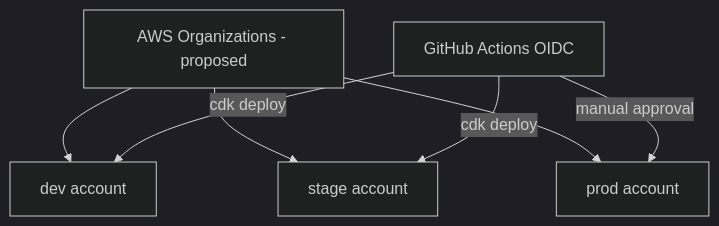
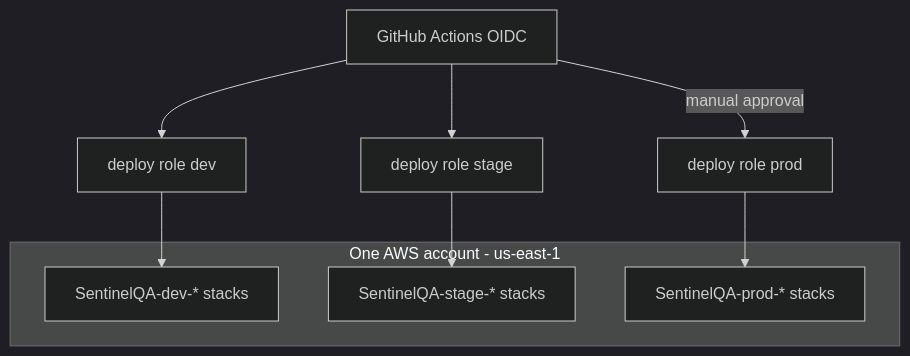
One commit to vishwasvr/SentinelQA changed the third of 3 diagrams in docs/architecture/diagrams.md. Above: the diagram before and after it, drawn with Mermaid (dark theme). The commit also changed other lines of this file and 1 other file, not shown here.

Commit message:
Architecture v0.2: record resolved decisions D-01..D-14 (AI deferred, single account, 7y retention, email alerts)

````diff
--- a/docs/architecture/diagrams.md
+++ b/docs/architecture/diagrams.md
@@ -64,9 +51,11 @@
 ```mermaid
 flowchart TB
-  ORG[AWS Organizations - proposed] --> DEV[dev account]
-  ORG --> STG[stage account]
-  ORG --> PRD[prod account]
-  GH[GitHub Actions OIDC] -->|cdk deploy| DEV
-  GH -->|cdk deploy| STG
-  GH -->|manual approval| PRD
+  GH[GitHub Actions OIDC] --> R1[deploy role dev] --> D[SentinelQA-dev-* stacks]
+  GH --> R2[deploy role stage] --> S[SentinelQA-stage-* stacks]
+  GH -->|manual approval| R3[deploy role prod] --> P[SentinelQA-prod-* stacks]
+  subgraph ACC[One AWS account - us-east-1]
+    D
+    S
+    P
+  end
 ```
````
